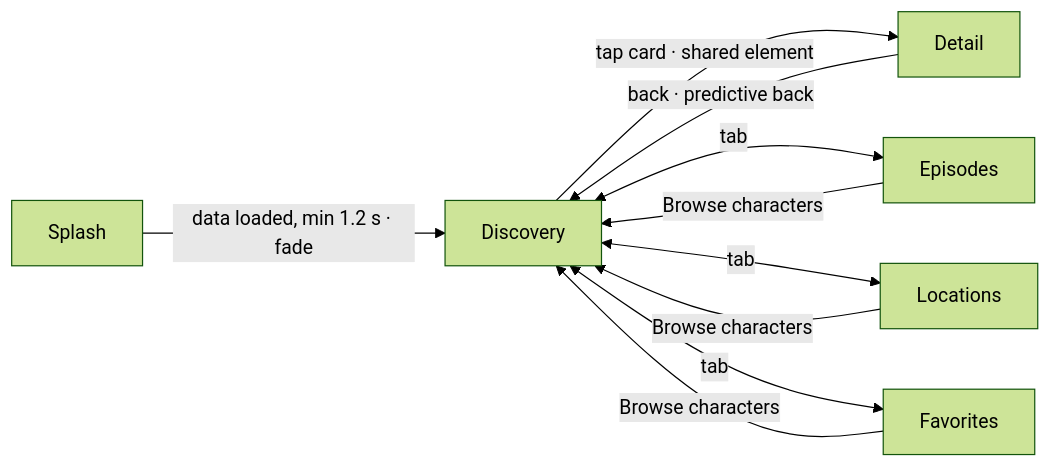
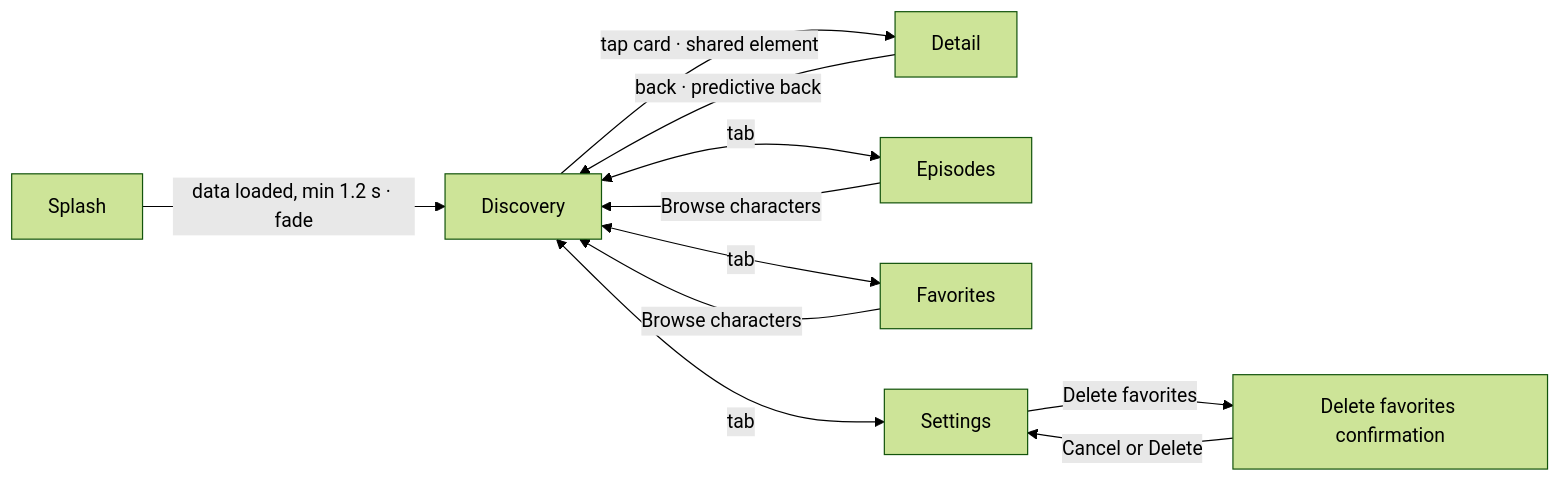
Before and after one commit to davidru85/RickAndMorty: the diagram in docs/UI_SPEC.md, drawn with Mermaid (forest theme). The commit also changed other lines of this file and 23 other files, not shown here.

First line of the commit message:
docs: replace Locations with Settings and ship runtime REST/GraphQL selection

````diff
--- a/docs/UI_SPEC.md
+++ b/docs/UI_SPEC.md
@@ -432,10 +483,12 @@
 ```mermaid
 flowchart LR
     Splash -->|data loaded, min 1.2 s · fade| Discovery
     Discovery -->|tap card · shared element| Detail
     Detail -->|back · predictive back| Discovery
     Discovery <-->|tab| Episodes
-    Discovery <-->|tab| Locations
     Discovery <-->|tab| Favorites
-    Episodes & Locations & Favorites -->|Browse characters| Discovery
+    Discovery <-->|tab| Settings
+    Episodes & Favorites -->|Browse characters| Discovery
+    Settings -->|Delete favorites| Confirm[Delete favorites confirmation]
+    Confirm -->|Cancel or Delete| Settings
 ```
````
